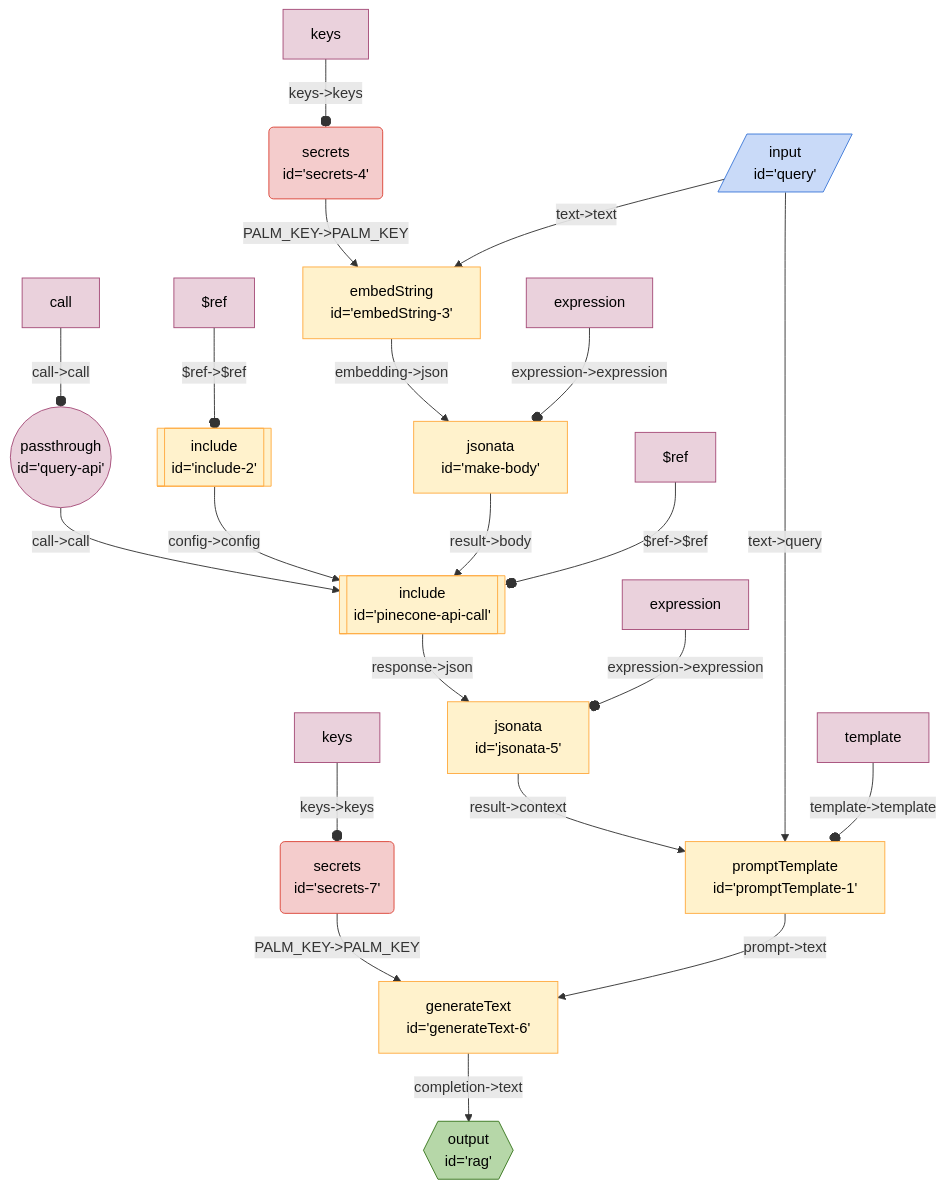
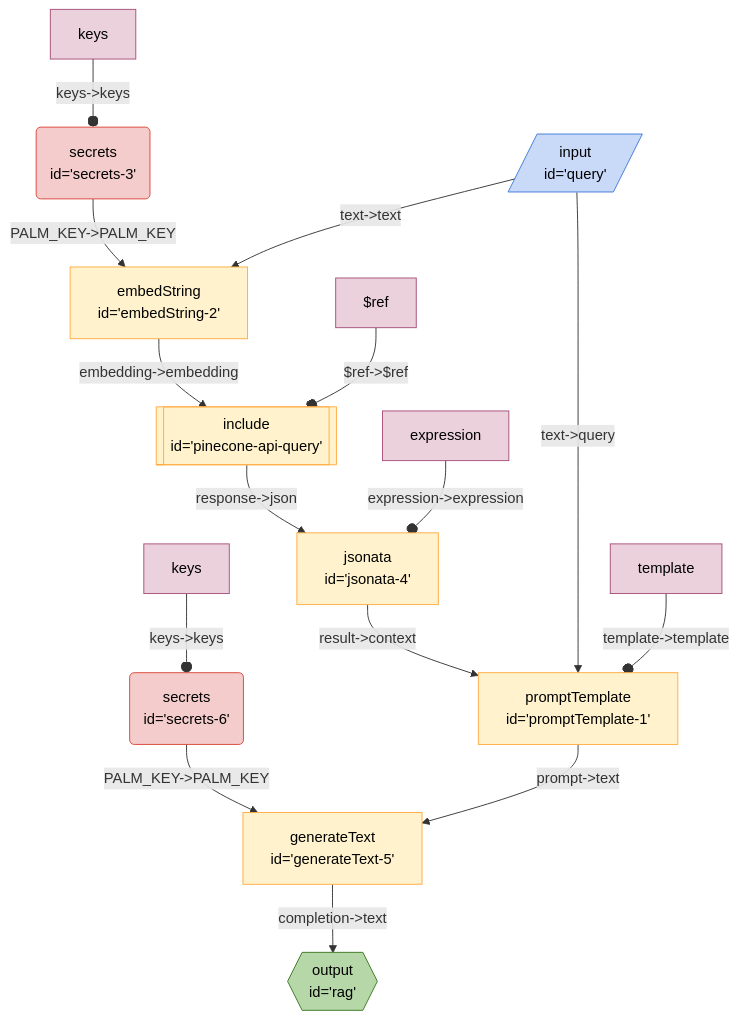
Before and after one commit to breadboard-ai/breadboard: the diagram in seeds/graph-playground/docs/graphs/pinecone-query.md, drawn with Mermaid. The commit also changed 5 other files, not shown here.

Commit message:
[graph-playground] Introduce `pinecone-api-query`.

````diff
--- a/seeds/graph-playground/docs/graphs/pinecone-query.md
+++ b/seeds/graph-playground/docs/graphs/pinecone-query.md
@@ -5,32 +5,26 @@
   ```mermaid
   %%{init: 'themeVariables': { 'fontFamily': 'Fira Code, monospace' }}%%
 graph TD;
-queryapi(("passthrough <br> id='query-api'")):::passthrough -- "call->call" --> pineconeapicall[["include <br> id='pinecone-api-call'"]]:::include
-include2[["include <br> id='include-2'"]]:::include -- "config->config" --> pineconeapicall[["include <br> id='pinecone-api-call'"]]:::include
-secrets4("secrets <br> id='secrets-4'"):::secrets -- "PALM_KEY->PALM_KEY" --> embedString3["embedString <br> id='embedString-3'"]
-jsonata5["jsonata <br> id='jsonata-5'"] -- "result->context" --> promptTemplate1["promptTemplate <br> id='promptTemplate-1'"]
-pineconeapicall[["include <br> id='pinecone-api-call'"]]:::include -- "response->json" --> jsonata5["jsonata <br> id='jsonata-5'"]
-makebody["jsonata <br> id='make-body'"] -- "result->body" --> pineconeapicall[["include <br> id='pinecone-api-call'"]]:::include
-embedString3["embedString <br> id='embedString-3'"] -- "embedding->json" --> makebody["jsonata <br> id='make-body'"]
-query[/"input <br> id='query'"/]:::input -- "text->text" --> embedString3["embedString <br> id='embedString-3'"]
+secrets3("secrets <br> id='secrets-3'"):::secrets -- "PALM_KEY->PALM_KEY" --> embedString2["embedString <br> id='embedString-2'"]
+jsonata4["jsonata <br> id='jsonata-4'"] -- "result->context" --> promptTemplate1["promptTemplate <br> id='promptTemplate-1'"]
+pineconeapiquery[["include <br> id='pinecone-api-query'"]]:::include -- "response->json" --> jsonata4["jsonata <br> id='jsonata-4'"]
+embedString2["embedString <br> id='embedString-2'"] -- "embedding->embedding" --> pineconeapiquery[["include <br> id='pinecone-api-query'"]]:::include
+query[/"input <br> id='query'"/]:::input -- "text->text" --> embedString2["embedString <br> id='embedString-2'"]
 query[/"input <br> id='query'"/]:::input -- "text->query" --> promptTemplate1["promptTemplate <br> id='promptTemplate-1'"]
-secrets7("secrets <br> id='secrets-7'"):::secrets -- "PALM_KEY->PALM_KEY" --> generateText6["generateText <br> id='generateText-6'"]
-generateText6["generateText <br> id='generateText-6'"] -- "completion->text" --> rag{{"output <br> id='rag'"}}:::output
-promptTemplate1["promptTemplate <br> id='promptTemplate-1'"] -- "prompt->text" --> generateText6["generateText <br> id='generateText-6'"]
-expressionmakebody[expression]:::config -- "expression->expression" --o makebody
+secrets6("secrets <br> id='secrets-6'"):::secrets -- "PALM_KEY->PALM_KEY" --> generateText5["generateText <br> id='generateText-5'"]
+generateText5["generateText <br> id='generateText-5'"] -- "completion->text" --> rag{{"output <br> id='rag'"}}:::output
+promptTemplate1["promptTemplate <br> id='promptTemplate-1'"] -- "prompt->text" --> generateText5["generateText <br> id='generateText-5'"]
 templatepromptTemplate1[template]:::config -- "template->template" --o promptTemplate1
-$refpineconeapicall[$ref]:::config -- "$ref->$ref" --o pineconeapicall
-callqueryapi[call]:::config -- "call->call" --o queryapi
-$refinclude2[$ref]:::config -- "$ref->$ref" --o include2
-keyssecrets4[keys]:::config -- "keys->keys" --o secrets4
-expressionjsonata5[expression]:::config -- "expression->expression" --o jsonata5
-keyssecrets7[keys]:::config -- "keys->keys" --o secrets7
+$refpineconeapiquery[$ref]:::config -- "$ref->$ref" --o pineconeapiquery
+keyssecrets3[keys]:::config -- "keys->keys" --o secrets3
+expressionjsonata4[expression]:::config -- "expression->expression" --o jsonata4
+keyssecrets6[keys]:::config -- "keys->keys" --o secrets6
 classDef default stroke:#ffab40,fill:#fff2ccff,color:#000
 classDef input stroke:#3c78d8,fill:#c9daf8ff,color:#000
 classDef output stroke:#38761d,fill:#b6d7a8ff,color:#000
 classDef passthrough stroke:#a64d79,fill:#ead1dcff,color:#000
 classDef slot stroke:#a64d79,fill:#ead1dcff,color:#000
 classDef config stroke:#a64d79,fill:#ead1dcff,color:#000
 classDef secrets stroke:#db4437,fill:#f4cccc,color:#000
 classDef slotted stroke:#a64d79
   ```
````
